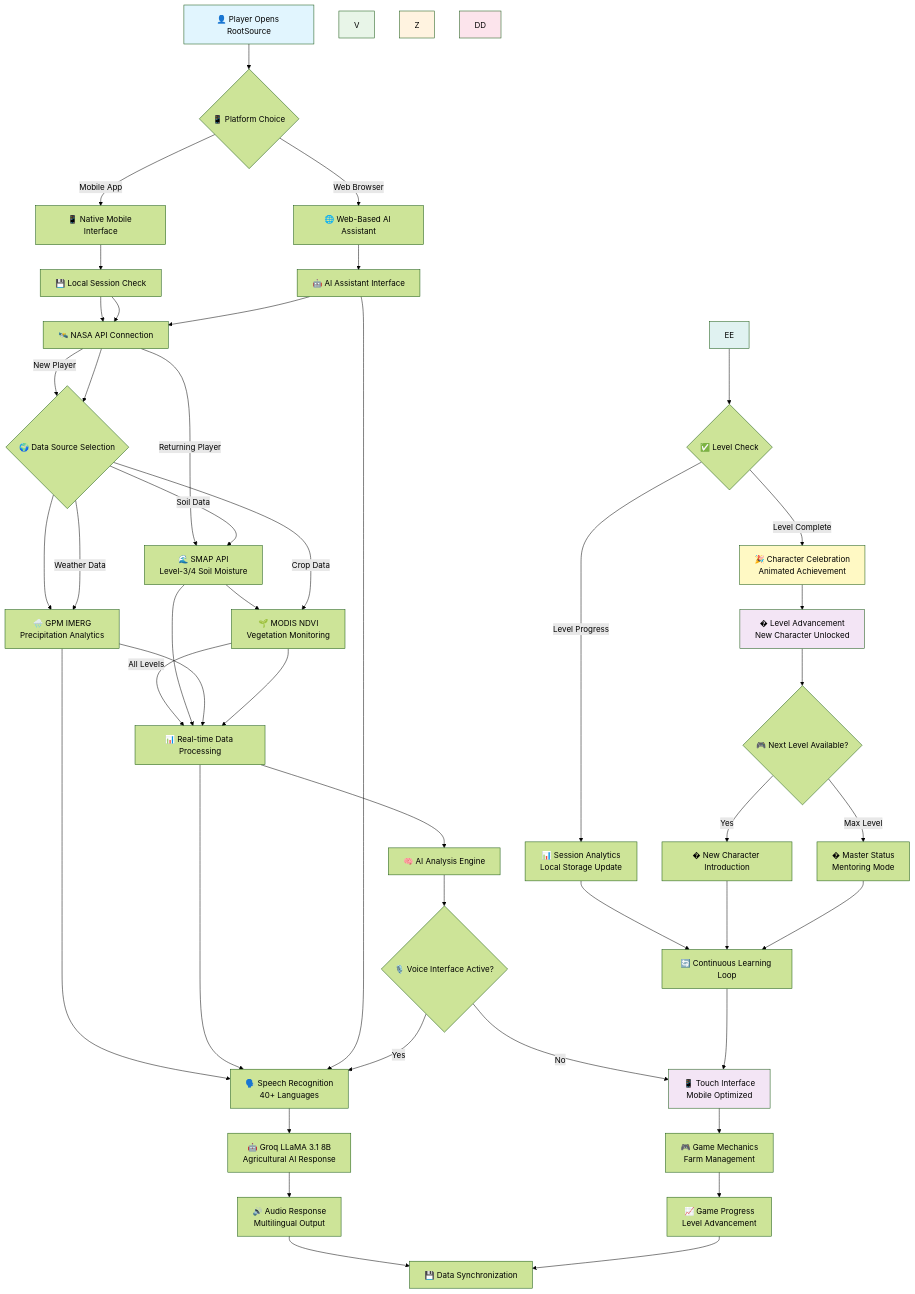
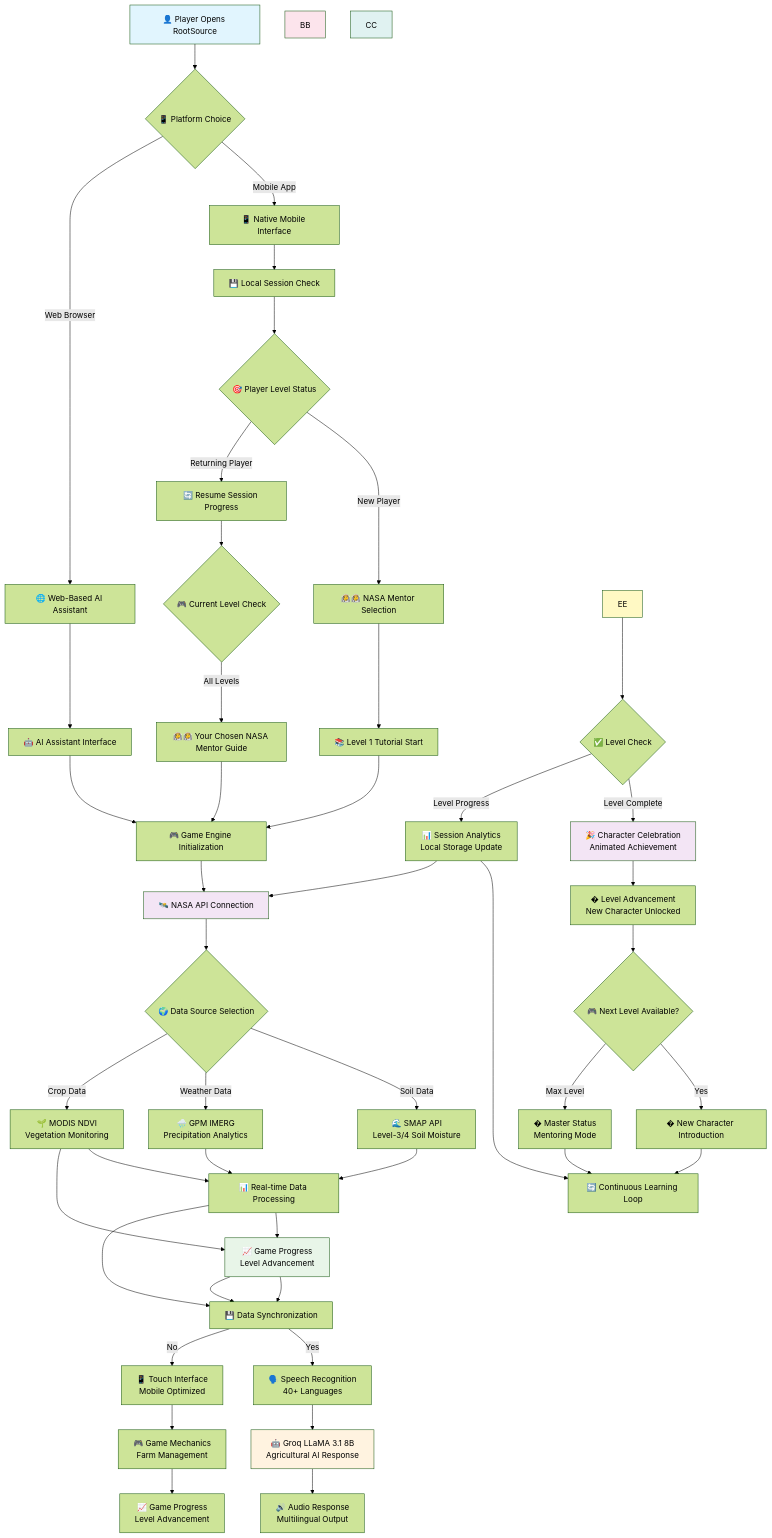
One commit to Rafi-uzzaman/RootSourceFigma changed the diagram in README.md. Above: the diagram before and after it, drawn with Mermaid (forest theme). The commit also changed other lines of this file, not shown here.

Commit message:
Refactor README.md to improve flowchart structure and enhance clarity of game mechanics and data processing

````diff
--- a/README.md
+++ b/README.md
@@ -222,77 +200,77 @@
 ```mermaid
 graph TD
     A[👤 Player Opens RootSource] --> B{📱 Platform Choice}
     
     B -->|Mobile App| C[📱 Native Mobile Interface]
     B -->|Web Browser| D[🌐 Web-Based AI Assistant]
     
     C --> E[💾 Local Session Check]
     D --> F[🤖 AI Assistant Interface]
     
     E --> G{🎯 Player Level Status}
     G -->|New Player| H[👨‍🚀👩‍🚀 NASA Mentor Selection]
     G -->|Returning Player| I[🔄 Resume Session Progress]
     
     H --> J[📚 Level 1 Tutorial Start]
     I --> K{🎮 Current Level Check}
     
     K -->|All Levels| L[👨‍🚀👩‍🚀 Your Chosen NASA Mentor Guide]
     
-    J --> O[🎮 Game Engine Initialization]
-    L --> O
-    F --> O
+    J --> M[🎮 Game Engine Initialization]
+    L --> M
+    F --> M
     
-    E --> G[🛰️ NASA API Connection]
-    F --> G
+    M --> N[🛰️ NASA API Connection]
     
-    G --> H{🌍 Data Source Selection}
+    N --> O{🌍 Data Source Selection}
     
-    H -->|Soil Data| I[🌊 SMAP API<br/>Level-3/4 Soil Moisture]
-    H -->|Weather Data| J[🌧️ GPM IMERG<br/>Precipitation Analytics]
-    H -->|Crop Data| K[🌱 MODIS NDVI<br/>Vegetation Monitoring]
+    O -->|Soil Data| P[🌊 SMAP API<br/>Level-3/4 Soil Moisture]
+    O -->|Weather Data| Q[🌧️ GPM IMERG<br/>Precipitation Analytics]
+    O -->|Crop Data| R[🌱 MODIS NDVI<br/>Vegetation Monitoring]
     
-    I --> L[📊 Real-time Data Processing]
-    J --> L
-    K --> L
+    P --> S[📊 Real-time Data Processing]
+    Q --> S
+    R --> S
     
-    L --> M[🧠 AI Analysis Engine]
-    M --> N{🎙️ Voice Interface Active?}
+    S --> T[🧠 AI Analysis Engine]
+    T --> U{🎙️ Voice Interface Active?}
     
-    N -->|Yes| O[🗣️ Speech Recognition<br/>40+ Languages]
-    N -->|No| P[📱 Touch Interface<br/>Mobile Optimized]
+    U -->|Yes| V[🗣️ Speech Recognition<br/>40+ Languages]
+    U -->|No| W[📱 Touch Interface<br/>Mobile Optimized]
     
-    O --> Q[🤖 Groq LLaMA 3.1 8B<br/>Agricultural AI Response]
-    P --> R[🎮 Game Mechanics<br/>Farm Management]
+    V --> X[🤖 Groq LLaMA 3.1 8B<br/>Agricultural AI Response]
+    W --> Y[🎮 Game Mechanics<br/>Farm Management]
     
-    Q --> S[🔊 Audio Response<br/>Multilingual Output]
+    X --> Z[🔊 Audio Response<br/>Multilingual Output]
+    Y --> AA[📈 Game Progress<br/>Level Advancement]
     R --> T[📈 Game Progress<br/>Level Advancement]
     
     S --> U[💾 Data Synchronization]
     T --> U
     
     EE --> FF{✅ Level Check}
     
     FF -->|Level Complete| GG[🎉 Character Celebration<br/>Animated Achievement]
     FF -->|Level Progress| HH[📊 Session Analytics<br/>Local Storage Update]
     
     GG --> II[� Level Advancement<br/>New Character Unlocked]
     HH --> JJ[🔄 Continuous Learning Loop]
     
     II --> KK{🎮 Next Level Available?}
     KK -->|Yes| LL[� New Character Introduction]
     KK -->|Max Level| MM[� Master Status<br/>Mentoring Mode]
     
     LL --> JJ
     MM --> JJ
     
-    JJ --> P
+    HH --> N
     
     style A fill:#e1f5fe
-    style P fill:#f3e5f5
-    style V fill:#e8f5e8
-    style Z fill:#fff3e0
-    style DD fill:#fce4ec
-    style EE fill:#e0f2f1
-    style GG fill:#fff9c4
-    style II fill:#f3e5f5
+    style N fill:#f3e5f5
+    style T fill:#e8f5e8
+    style X fill:#fff3e0
+    style BB fill:#fce4ec
+    style CC fill:#e0f2f1
+    style EE fill:#fff9c4
+    style GG fill:#f3e5f5
 ```
````
